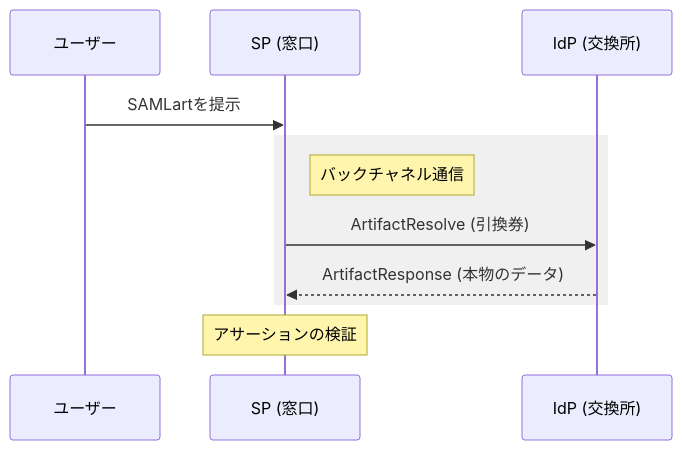
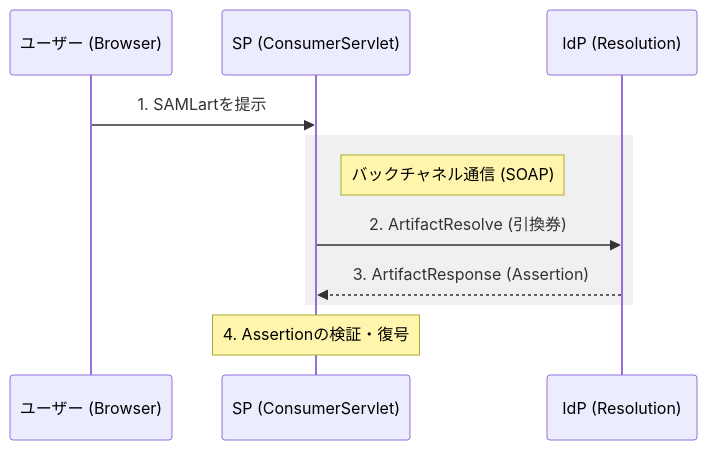
Before and after one commit to mashharuki/OpenSAML-sample-code: the fourth of 4 diagrams in blog.md, drawn with Mermaid. The commit also changed other lines of this file and 1 other file, not shown here.

````diff
--- a/blog.md
+++ b/blog.md
@@ -81,14 +71,14 @@
 ```mermaid
 sequenceDiagram
-    participant User as ユーザー
-    participant SP as SP (窓口)
-    participant IdP as IdP (交換所)
+    participant User as ユーザー (Browser)
+    participant SP as SP (ConsumerServlet)
+    participant IdP as IdP (Resolution)
 
-    User->>SP: SAMLartを提示
+    User->>SP: 1. SAMLartを提示
     rect rgb(240, 240, 240)
-        Note right of SP: バックチャネル通信
-        SP->>IdP: ArtifactResolve (引換券)
-        IdP-->>SP: ArtifactResponse (本物のデータ)
+        Note right of SP: バックチャネル通信 (SOAP)
+        SP->>IdP: 2. ArtifactResolve (引換券)
+        IdP-->>SP: 3. ArtifactResponse (Assertion)
     end
-    Note over SP: アサーションの検証
+    Note over SP: 4. Assertionの検証・復号
 ```
````
